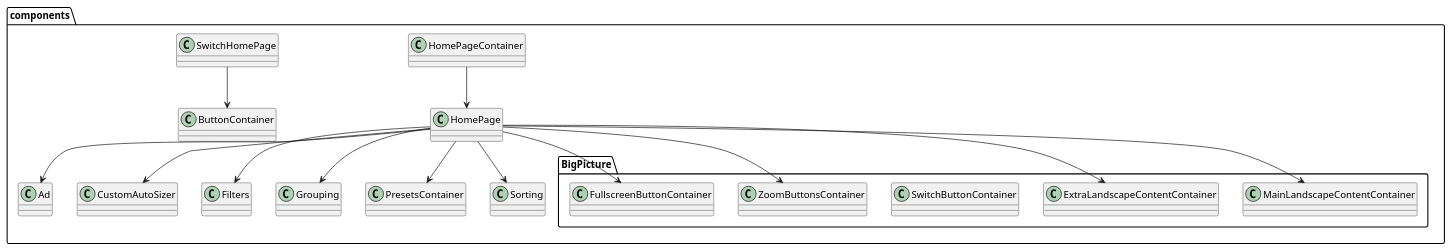
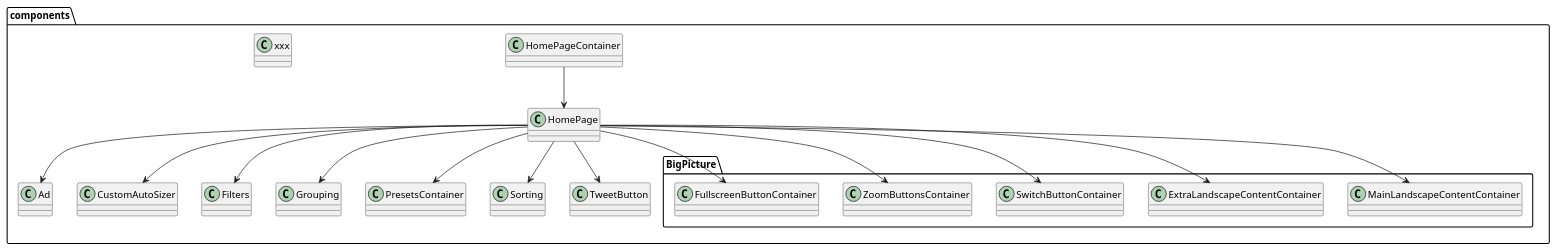
Before and after one commit to ga-ruv/doc: the diagram in landscape/uml/src-components.puml, drawn with PlantUML. The commit also changed 5 other files, not shown here.

```diff
--- a/landscape/uml/src-components.puml
+++ b/landscape/uml/src-components.puml
@@ -1,34 +1,37 @@
 @startuml R+V Anwendungslandschaft ./src/components 
 package "components"  {
     class Ad
     class CustomAutoSizer
     class Filters
     class Grouping
     class HomePage
     class HomePageContainer
     class PresetsContainer
     class Sorting
-    
+    class TweetButton
+    class xxx
+
     package "BigPicture" {
         class MainLandscapeContentContainer
         class ExtraLandscapeContentContainer
         class SwitchButtonContainer
         class ZoomButtonsContainer
         class FullscreenButtonContainer
     }
 
     HomePageContainer --> HomePage
     HomePage --> Ad
     HomePage --> CustomAutoSizer
     HomePage --> Filters
     HomePage --> Grouping
     HomePage --> PresetsContainer
     HomePage --> Sorting
     HomePage --> MainLandscapeContentContainer
     HomePage --> ExtraLandscapeContentContainer
-    SwitchHomePage --> ButtonContainer
+    HomePage --> SwitchButtonContainer
     HomePage --> ZoomButtonsContainer
     HomePage --> FullscreenButtonContainer
+    HomePage --> TweetButton
 }
 
 @enduml
```
